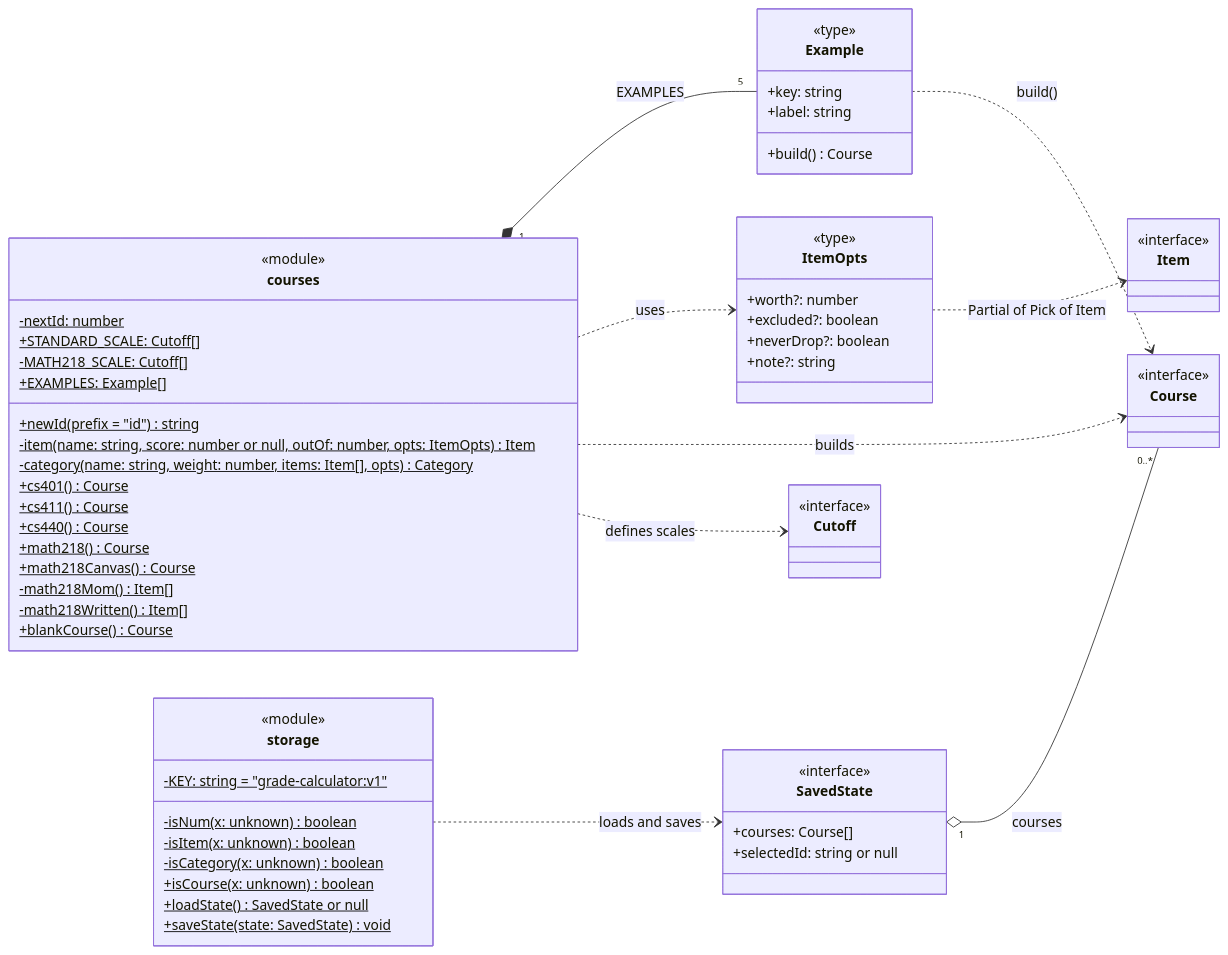
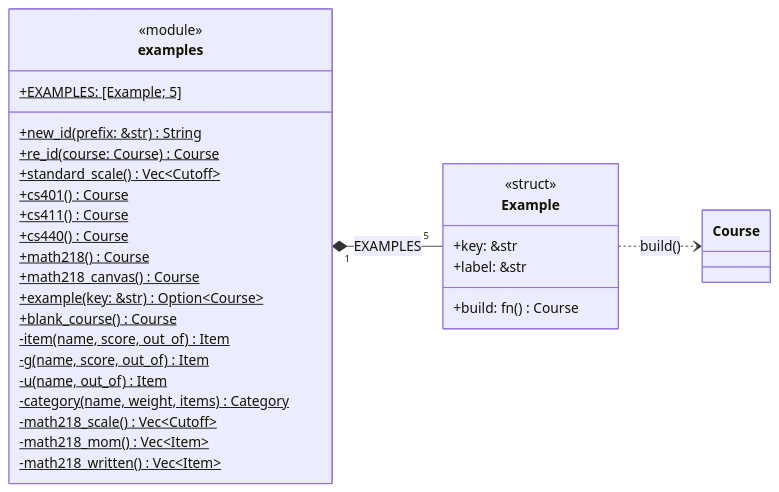
Before and after one commit to Patman1O1/grade-calculator: the fifth of 8 diagrams in docs/uml.md, drawn with Mermaid. The commit also changed other lines of this file and 45 other files, not shown here.

````diff
--- a/docs/uml.md
+++ b/docs/uml.md
@@ -236,67 +219,33 @@
 ```mermaid
 classDiagram
   direction LR
-  class courses {
+  class examples {
     <<module>>
-    -nextId: number$
-    +STANDARD_SCALE: Cutoff[]$
-    -MATH218_SCALE: Cutoff[]$
-    +EXAMPLES: Example[]$
-    +newId(prefix = "id")$ string
-    -item(name: string, score: number or null, outOf: number, opts: ItemOpts)$ Item
-    -category(name: string, weight: number, items: Item[], opts)$ Category
+    +EXAMPLES: [Example; 5]$
+    +new_id(prefix: &str)$ String
+    +re_id(course: Course)$ Course
+    +standard_scale()$ Vec~Cutoff~
     +cs401()$ Course
     +cs411()$ Course
     +cs440()$ Course
     +math218()$ Course
-    +math218Canvas()$ Course
-    -math218Mom()$ Item[]
-    -math218Written()$ Item[]
-    +blankCourse()$ Course
-  }
-  class ItemOpts {
-    <<type>>
-    +worth?: number
-    +excluded?: boolean
-    +neverDrop?: boolean
-    +note?: string
+    +math218_canvas()$ Course
+    +example(key: &str)$ Option~Course~
+    +blank_course()$ Course
+    -item(name, score, out_of)$ Item
+    -g(name, score, out_of)$ Item
+    -u(name, out_of)$ Item
+    -category(name, weight, items)$ Category
+    -math218_scale()$ Vec~Cutoff~
+    -math218_mom()$ Vec~Item~
+    -math218_written()$ Vec~Item~
   }
   class Example {
-    <<type>>
-    +key: string
-    +label: string
-    +build() Course
+    <<struct>>
+    +key: &str
+    +label: &str
+    +build: fn() Course
   }
-  class storage {
-    <<module>>
-    -KEY: string = "grade-calculator:v1"$
-    -isNum(x: unknown)$ boolean
-    -isItem(x: unknown)$ boolean
-    -isCategory(x: unknown)$ boolean
-    +isCourse(x: unknown)$ boolean
-    +loadState()$ SavedState or null
-    +saveState(state: SavedState)$ void
-  }
-  class SavedState {
-    <<interface>>
-    +courses: Course[]
-    +selectedId: string or null
-  }
-  class Course {
-    <<interface>>
-  }
-  class Item {
-    <<interface>>
-  }
-  class Cutoff {
-    <<interface>>
-  }
-  courses "1" *-- "5" Example : EXAMPLES
-  courses ..> ItemOpts : uses
-  courses ..> Course : builds
-  courses ..> Cutoff : defines scales
-  ItemOpts ..> Item : Partial of Pick of Item
+  examples "1" *-- "5" Example : EXAMPLES
   Example ..> Course : build()
-  storage ..> SavedState : loads and saves
-  SavedState "1" o-- "0..*" Course : courses
 ```
````
